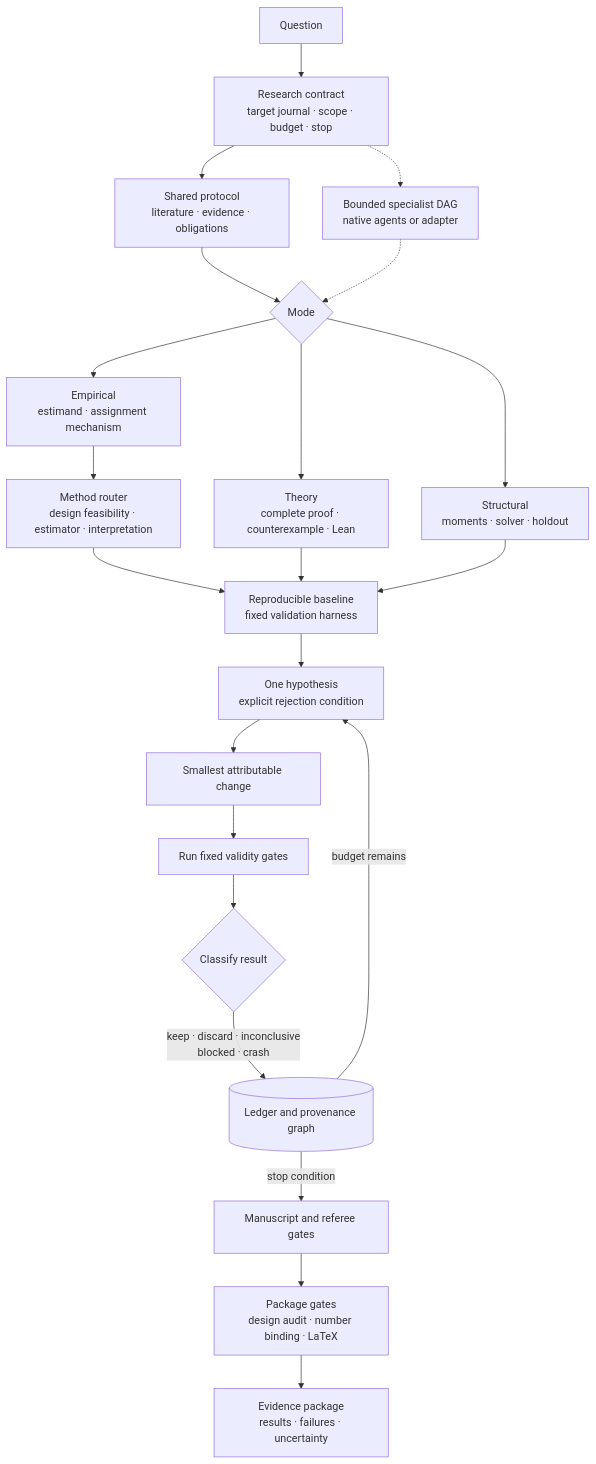
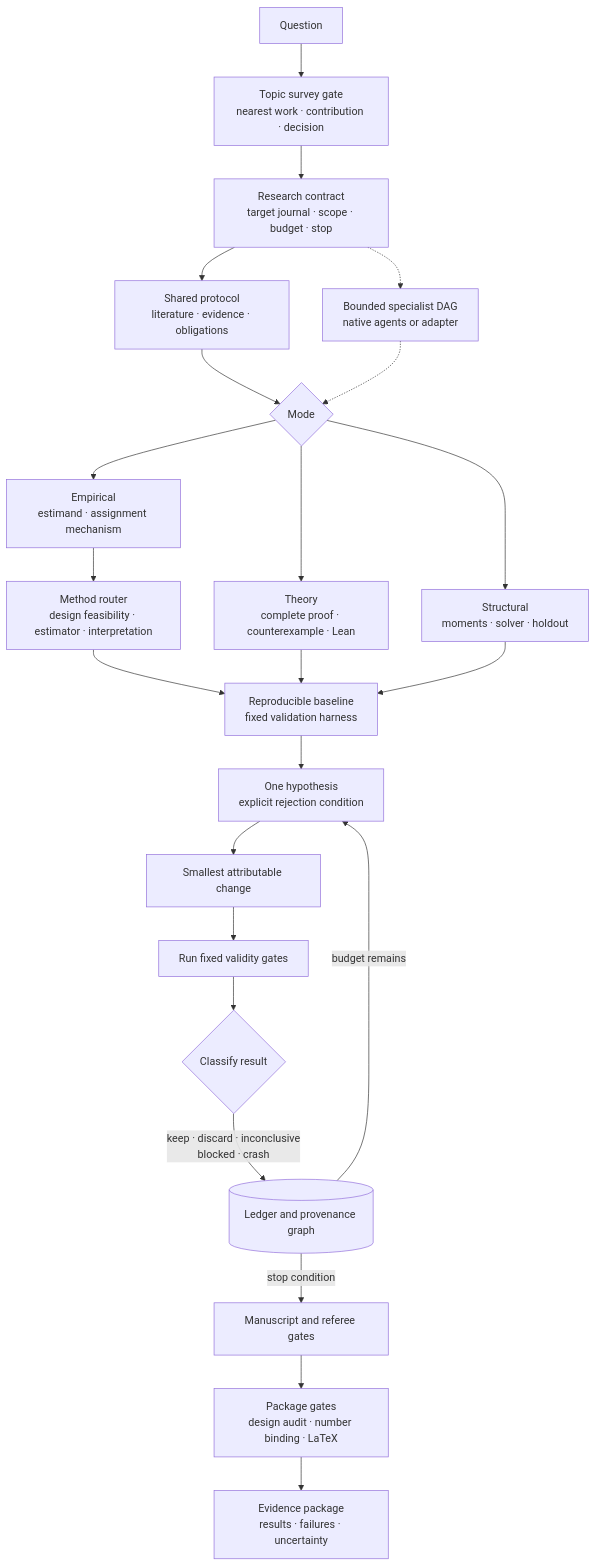
Before and after one commit to Tohskcid/econ-research-lab: the diagram in README.md, drawn with Mermaid. The commit also changed other lines of this file and 12 other files, not shown here.

Commit message:
feat: add pre-design topic survey gate

````diff
--- a/README.md
+++ b/README.md
@@ -9,24 +9,25 @@
 ```mermaid
 flowchart TD
-    Q[Question] --> C[Research contract<br/>target journal · scope · budget · stop]
+    Q[Question] --> TS[Topic survey gate<br/>nearest work · contribution · decision]
+    TS --> C[Research contract<br/>target journal · scope · budget · stop]
     C --> S[Shared protocol<br/>literature · evidence · obligations]
     C -.-> A[Bounded specialist DAG<br/>native agents or adapter]
     S --> R{Mode}
     R --> E[Empirical<br/>estimand · assignment mechanism]
     R --> T[Theory<br/>complete proof · counterexample · Lean]
     R --> X[Structural<br/>moments · solver · holdout]
     A -.-> R
     E --> ER[Method router<br/>design feasibility · estimator · interpretation]
     ER --> B[Reproducible baseline<br/>fixed validation harness]
     T --> B
     X --> B
     B --> H[One hypothesis<br/>explicit rejection condition]
     H --> D1[Smallest attributable change]
     D1 --> V[Run fixed validity gates]
     V --> K{Classify result}
     K -->|keep · discard · inconclusive<br/>blocked · crash| P[(Ledger and provenance graph)]
     P -->|budget remains| H
     P -->|stop condition| M[Manuscript and referee gates]
     M --> G[Package gates<br/>design audit · number binding · LaTeX]
     G --> D[Evidence package<br/>results · failures · uncertainty]
 ```
````
